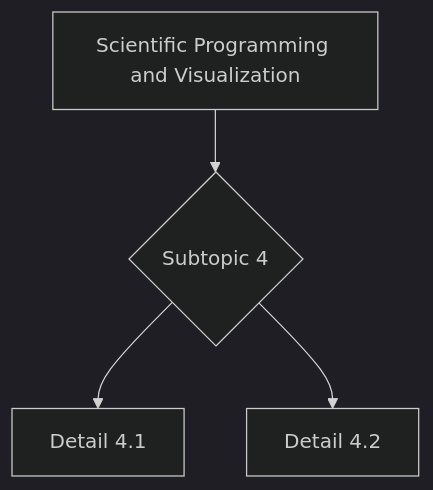
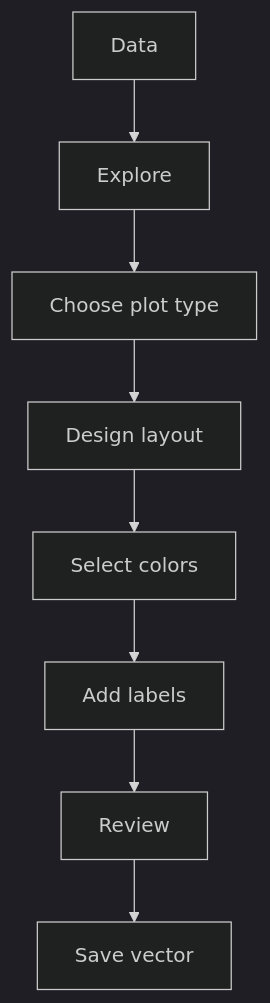
Before and after one commit to yip-lgtm/PhysicsSelfStudy: the fourth of 5 diagrams in 02_MSc_DataDriven_Modeling/core_courses/MSDM_5002/README.md, drawn with Mermaid (dark theme). The commit also changed other lines of this file and 21 other files, not shown here.

````diff
--- a/02_MSc_DataDriven_Modeling/core_courses/MSDM_5002/README.md
+++ b/02_MSc_DataDriven_Modeling/core_courses/MSDM_5002/README.md
@@ -283,6 +374,10 @@
 ```mermaid
 graph TD
-    A[Scientific Programming and Visualization] --> B{Subtopic 4}
-    B --> C[Detail 4.1]
-    B --> D[Detail 4.2]
+    A[Data] --> B[Explore]
+    B --> C[Choose plot type]
+    C --> D[Design layout]
+    D --> E[Select colors]
+    E --> F[Add labels]
+    F --> G[Review]
+    G --> H[Save vector]
 ```
````
